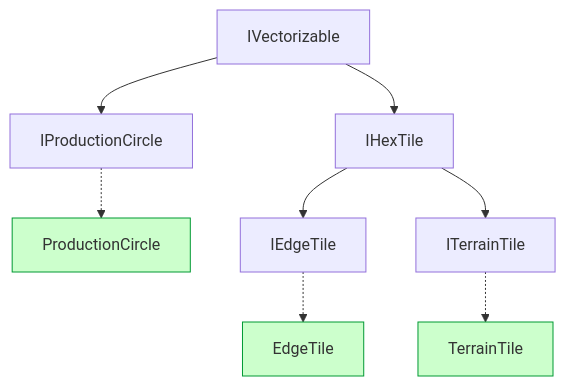
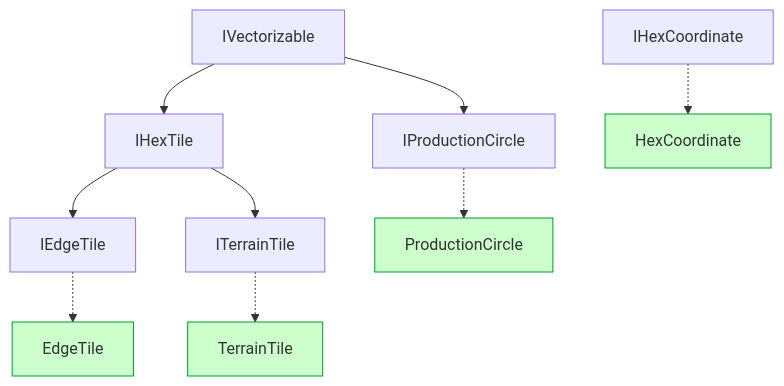
Before and after one commit to 3k-dome/catan-engine: the diagram in README.md, drawn with Mermaid.

````diff
--- a/README.md
+++ b/README.md
@@ -3,17 +3,22 @@
 ```mermaid
 flowchart TD
     IVectorizable --> IProductionCircle
-    IProductionCircle -.-> ProductionCircle
     
     IVectorizable --> IHexTile
     
     IHexTile --> IEdgeTile
     IEdgeTile -.-> EdgeTile
 
     IHexTile --> ITerrainTile
     ITerrainTile -.-> TerrainTile
    
+    IHexCoordinate -.-> HexCoordinate
+    
+    IProductionCircle -.-> ProductionCircle
+    
     style ProductionCircle fill:#ccffcc, stroke:#009933
     style EdgeTile fill:#ccffcc, stroke:#009933
     style TerrainTile fill:#ccffcc, stroke:#009933
+    style HexCoordinate fill:#ccffcc, stroke:#009933
+
 ```
````
